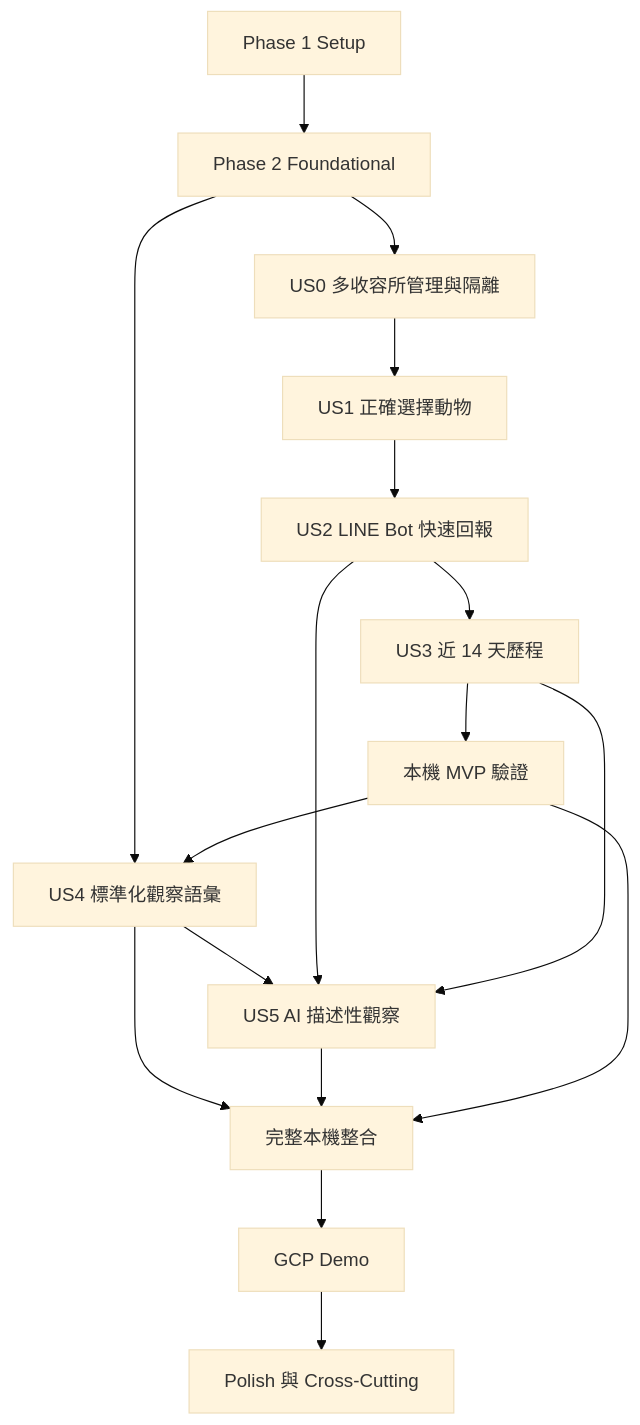
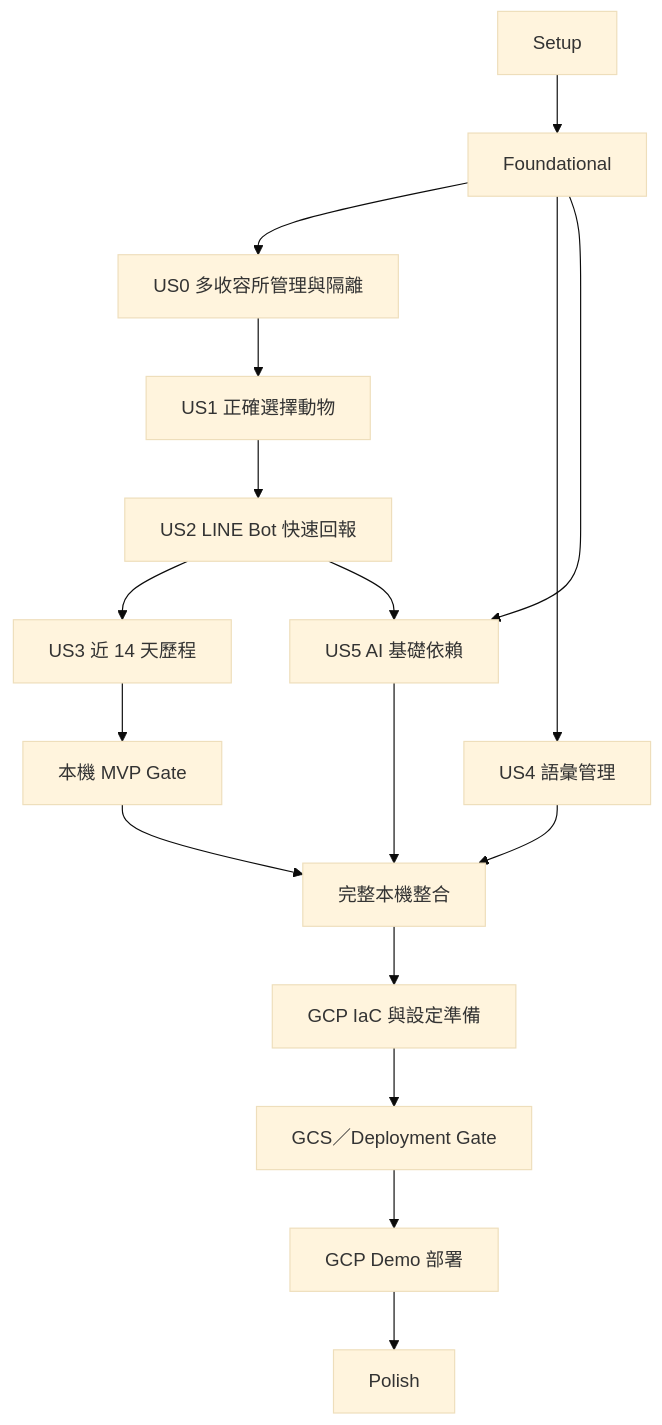
One commit to GAE-263/StrayHub changed the diagram in specs/001-volunteer-care-report/tasks.md. Above: the diagram before and after it, drawn with Mermaid (base theme). The commit also changed other lines of this file and 14 other files, not shown here.

````diff
--- a/specs/001-volunteer-care-report/tasks.md
+++ b/specs/001-volunteer-care-report/tasks.md
@@ -385,19 +492,19 @@
 ```mermaid
 graph TD
-    S[Phase 1 Setup] --> F[Phase 2 Foundational]
+    S[Setup] --> F[Foundational]
     F --> U0[US0 多收容所管理與隔離]
     U0 --> U1[US1 正確選擇動物]
     U1 --> U2[US2 LINE Bot 快速回報]
     U2 --> U3[US3 近 14 天歷程]
-    U3 --> M[本機 MVP 驗證]
-    F --> U4[US4 標準化觀察語彙]
-    M --> U4
-    U4 --> U5[US5 AI 描述性觀察]
+    U3 --> MVP[本機 MVP Gate]
+    F --> U4[US4 語彙管理]
+    F --> U5[US5 AI 基礎依賴]
     U2 --> U5
-    U3 --> U5
-    U4 --> L[完整本機整合]
+    MVP --> L[完整本機整合]
+    U4 --> L
     U5 --> L
-    M --> L
-    L --> G[GCP Demo]
-    G --> P[Polish 與 Cross-Cutting]
+    L --> GP[GCP IaC 與設定準備]
+    GP --> GG[GCS／Deployment Gate]
+    GG --> GD[GCP Demo 部署]
+    GD --> P[Polish]
 ```
````
